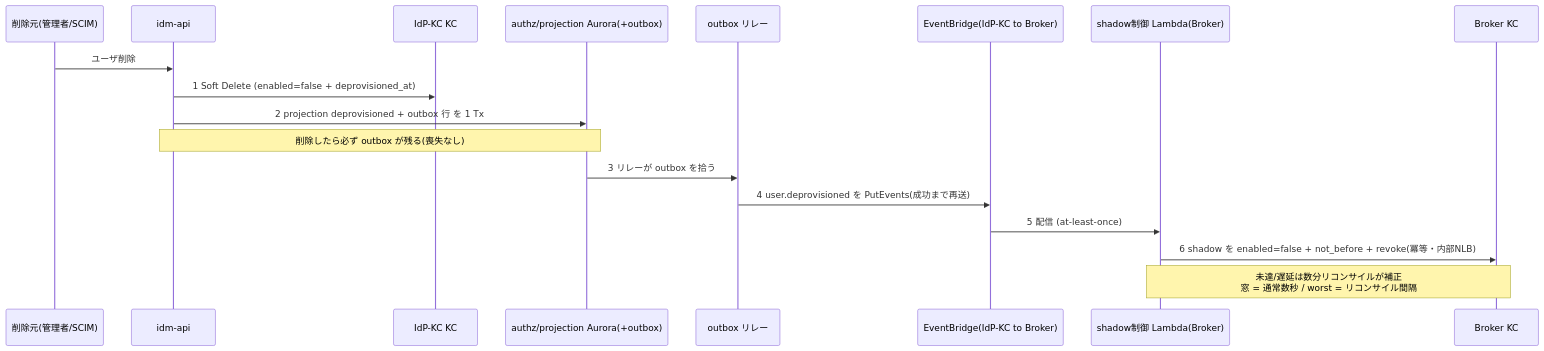
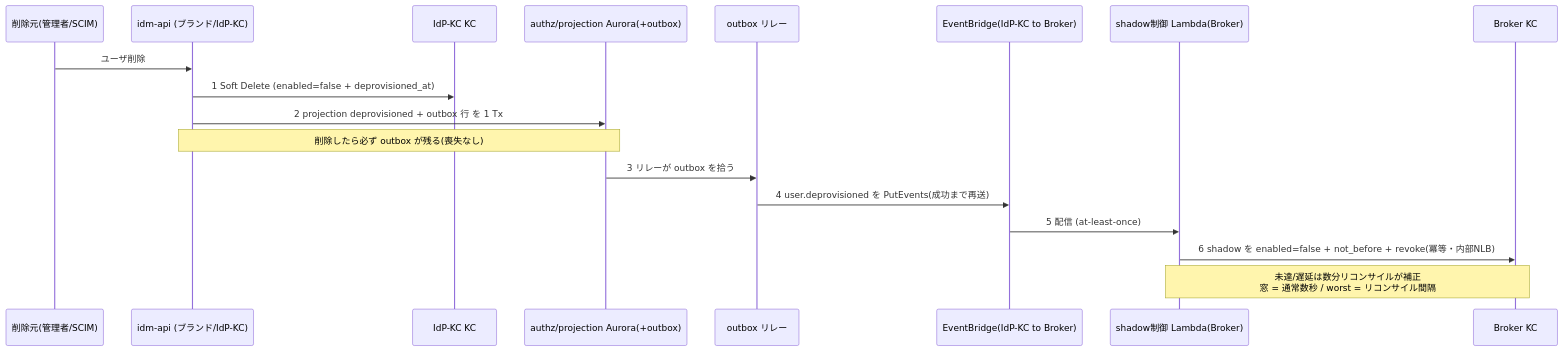
The fifth of 5 diagrams in doc/basic-design/03-identity-provisioning-design.md (suepie/aws-atuh-poc), drawn with Mermaid before and after one commit. The commit also changed other lines of this file and 9 other files, not shown here.

First line of the commit message:
用語統一: idm-api #1/#2 番号を撤去し「idm-api（ブランド管理 API）+ shadow 制御 Lambda」に一本化

````diff
--- a/doc/basic-design/03-identity-provisioning-design.md
+++ b/doc/basic-design/03-identity-provisioning-design.md
@@ -499,20 +499,20 @@
 ```mermaid
 sequenceDiagram
     participant SRC as 削除元(管理者/SCIM)
-    participant A2 as idm-api #2 (ブランド/IdP-KC)
+    participant A2 as idm-api (ブランド/IdP-KC)
     participant IK as IdP-KC KC
     participant DB as authz/projection Aurora(+outbox)
     participant REL as outbox リレー
     participant EB as EventBridge(IdP-KC to Broker)
     participant SH as shadow制御 Lambda(Broker)
     participant BK as Broker KC
     SRC->>A2: ユーザ削除
     A2->>IK: 1 Soft Delete (enabled=false + deprovisioned_at)
     A2->>DB: 2 projection deprovisioned + outbox 行 を 1 Tx
     Note over A2,DB: 削除したら必ず outbox が残る(喪失なし)
     DB->>REL: 3 リレーが outbox を拾う
     REL->>EB: 4 user.deprovisioned を PutEvents(成功まで再送)
     EB->>SH: 5 配信 (at-least-once)
     SH->>BK: 6 shadow を enabled=false + not_before + revoke(冪等・内部NLB)
     Note over SH,BK: 未達/遅延は数分リコンサイルが補正<br/>窓 = 通常数秒 / worst = リコンサイル間隔
 ```
````
